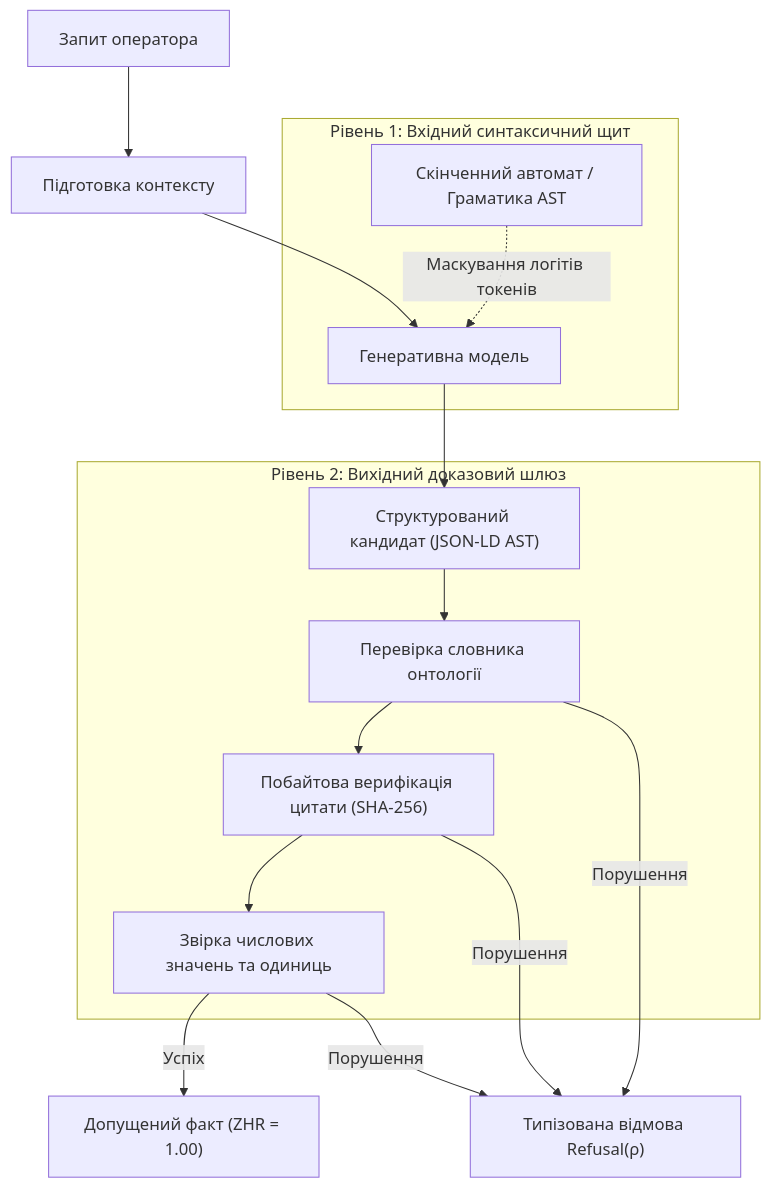
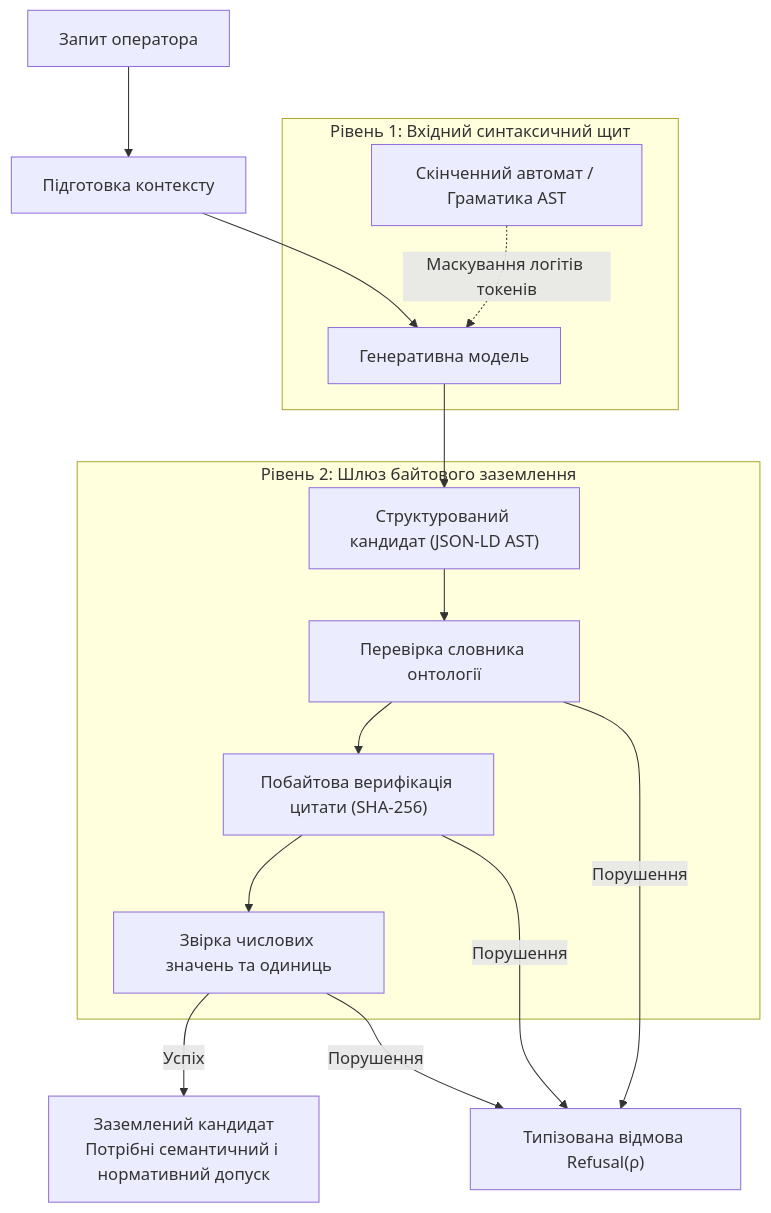
Before and after one commit to nick-fedchik/articles: the second of 6 diagrams in ExpertSystem/ch38-curing-machine-hallucinations-and-knowledge-deficits.md, drawn with Mermaid. The commit also changed other lines of this file and 23 other files, not shown here.

````diff
--- a/ExpertSystem/ch38-curing-machine-hallucinations-and-knowledge-deficits.md
+++ b/ExpertSystem/ch38-curing-machine-hallucinations-and-knowledge-deficits.md
@@ -162,22 +162,24 @@
 ```mermaid
 flowchart TD
+	accTitle: Від генерації кандидата до байтового заземлення
+	accDescr: Два рівні перевірки відсікають синтаксичний брак і непідтверджені цитати, але не надають семантичного допуску чи права на дію.
     REQ["Запит оператора"] --> PROMPT["Підготовка контексту"]
     PROMPT --> LLM["Генеративна модель"]
     
     subgraph IN_GATE["Рівень 1: Вхідний синтаксичний щит"]
         FSM["Скінченний автомат / Граматика AST"] -.->|"Маскування логітів токенів"| LLM
     end
     
     LLM --> JSON["Структурований кандидат (JSON-LD AST)"]
     
-    subgraph OUT_GATE["Рівень 2: Вихідний доказовий шлюз"]
+	subgraph OUT_GATE["Рівень 2: Шлюз байтового заземлення"]
         JSON --> CHECK_VOC["Перевірка словника онтології"]
         CHECK_VOC --> CHECK_BYTE["Побайтова верифікація цитати (SHA-256)"]
         CHECK_BYTE --> CHECK_NUM["Звірка числових значень та одиниць"]
     end
     
-    CHECK_NUM -->|Успіх| ADMIT["Допущений факт (ZHR = 1.00)"]
+	CHECK_NUM -->|Успіх| ADMIT["Заземлений кандидат<br/>Потрібні семантичний і нормативний допуск"]
     CHECK_NUM -->|Порушення| REFUSE["Типізована відмова Refusal(ρ)"]
     CHECK_BYTE -->|Порушення| REFUSE
     CHECK_VOC -->|Порушення| REFUSE
 ```
````
